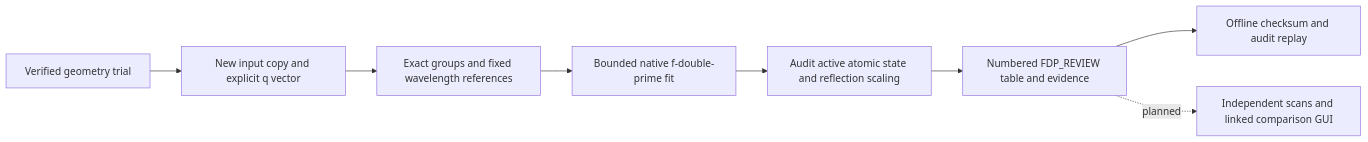
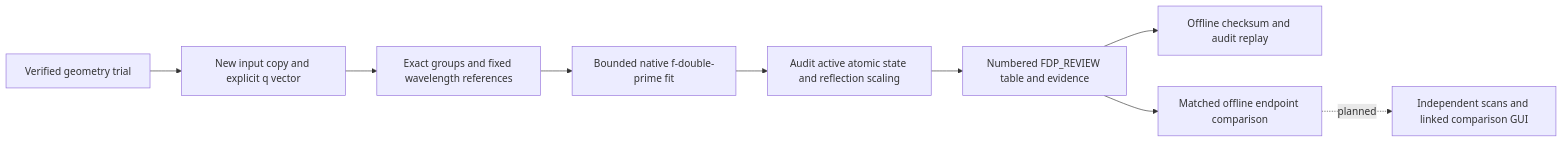
The first of 2 diagrams in docs/metal-anomalous-doctor.md (vecchioni-lab/NASolve), drawn with Mermaid before and after one commit. The commit also changed other lines of this file and 10 other files, not shown here.

Commit message:
Add matched metal fdp endpoint comparisons

````diff
--- a/docs/metal-anomalous-doctor.md
+++ b/docs/metal-anomalous-doctor.md
@@ -98,10 +100,11 @@
 ```mermaid
 flowchart LR
     G[Verified geometry trial] --> I[New input copy and explicit q vector]
     I --> P[Exact groups and fixed wavelength references]
     P --> N[Bounded native f-double-prime fit]
     N --> A[Audit active atomic state and reflection scaling]
     A --> R[Numbered FDP_REVIEW table and evidence]
     R --> V[Offline checksum and audit replay]
-    R -. planned .-> S[Independent scans and linked comparison GUI]
+    R --> C[Matched offline endpoint comparison]
+    C -. planned .-> S[Independent scans and linked comparison GUI]
 ```
````
